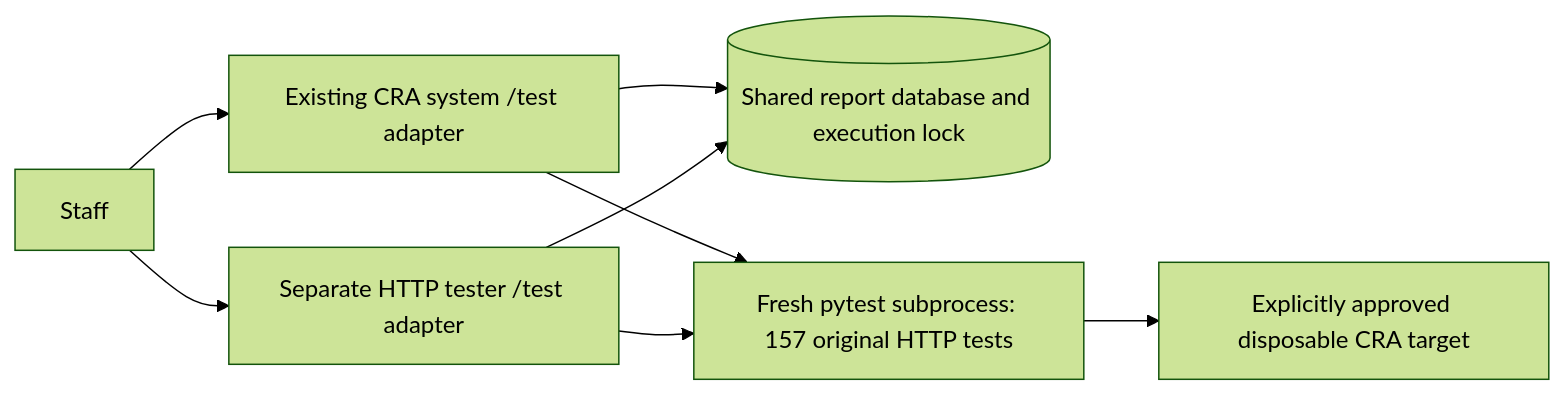
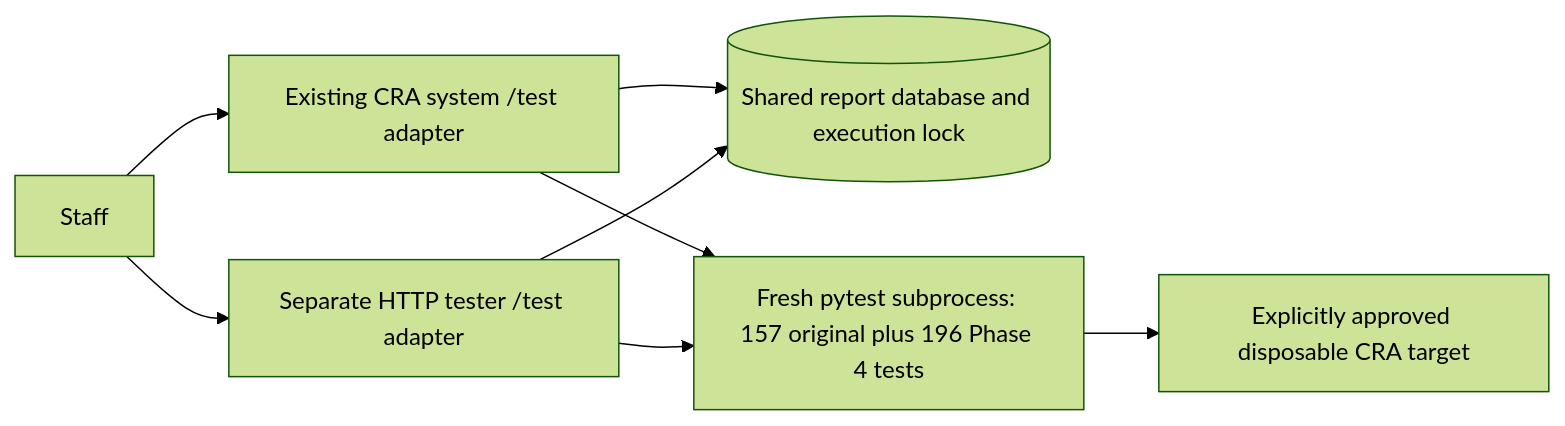
One commit to Awesomegardener/ECE30861_Phase_3 changed the diagram in docs/autograder-interface.md. Above: the diagram before and after it, drawn with Mermaid (forest theme). The commit also changed other lines of this file and 55 other files, not shown here.

````diff
--- a/docs/autograder-interface.md
+++ b/docs/autograder-interface.md
@@ -68,10 +76,10 @@
 ```mermaid
 flowchart LR
   Staff --> S[Existing CRA system /test adapter]
   Staff --> T[Separate HTTP tester /test adapter]
   S --> M[(Shared report database and execution lock)]
   T --> M
-  S --> P[Fresh pytest subprocess: 157 original HTTP tests]
+  S --> P[Fresh pytest subprocess: 157 original plus 196 Phase 4 tests]
   T --> P
   P --> C[Explicitly approved disposable CRA target]
 ```
````
